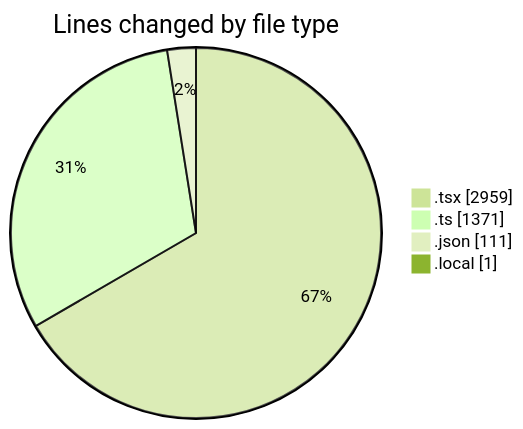
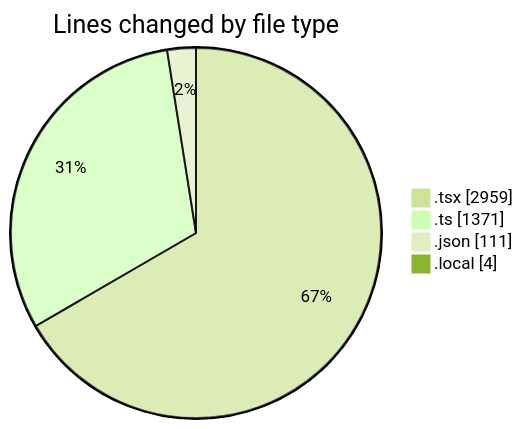
One commit to julien-gomy/code-tracking changed the first of 2 diagrams in 2025-11-08/eventscop-frontend-guide__workspace_/README.md. Above: the diagram before and after it, drawn with Mermaid (forest theme). The commit also changed other lines of this file and 1 other file, not shown here.

````diff
--- a/2025-11-08/eventscop-frontend-guide__workspace_/README.md
+++ b/2025-11-08/eventscop-frontend-guide__workspace_/README.md
@@ -60,8 +60,8 @@
 ```mermaid
 pie showData
 title Lines changed by file type
 ".tsx" : 2959
 ".ts" : 1371
 ".json" : 111
-".local" : 1
+".local" : 4
 ```
````
